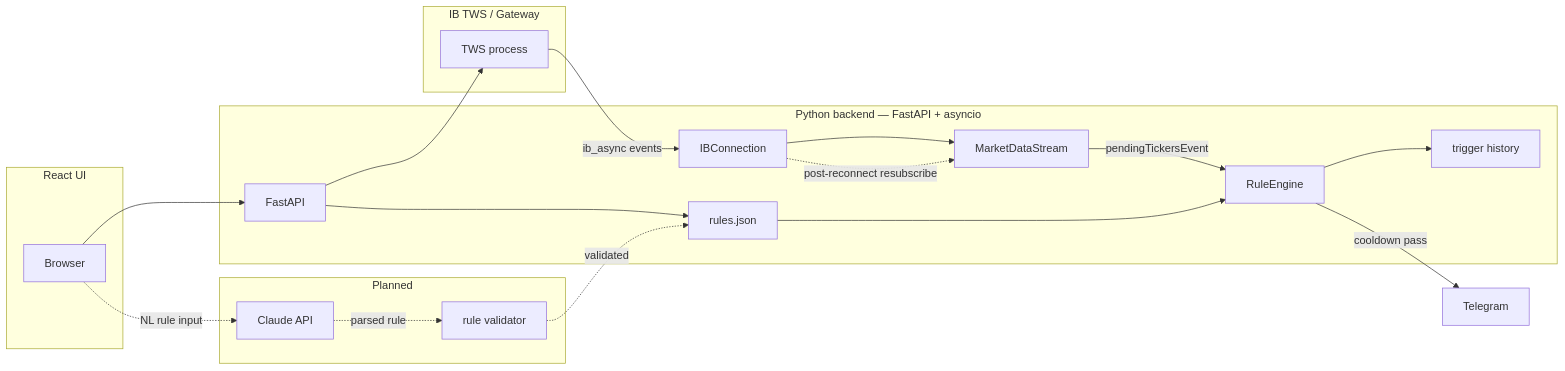
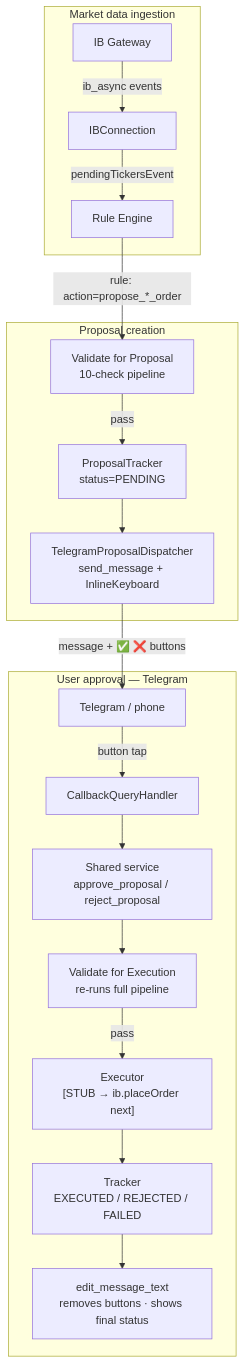
Before and after one commit to law-cell/sentinel-trader: the second of 4 diagrams in README.md, drawn with Mermaid. The commit also changed other lines of this file, not shown here.

First line of the commit message:
docs: rewrite README to reflect shipped proposal subsystem

````diff
--- a/README.md
+++ b/README.md
@@ -11,42 +24,23 @@
 ```mermaid
-flowchart LR
-    subgraph ib["IB TWS / Gateway"]
-        TWS[TWS process]
+flowchart TD
+    subgraph ingest["Market data ingestion"]
+        GW[IB Gateway] -->|ib_async events| CONN[IBConnection]
+        CONN -->|pendingTickersEvent| ENG[Rule Engine]
     end
 
-    subgraph backend["Python backend — FastAPI + asyncio"]
-        CONN[IBConnection]
-        MDS[MarketDataStream]
-        ENG[RuleEngine]
-        API[FastAPI]
-        RJ[rules.json]
-        HIST[trigger history]
+    subgraph proposal["Proposal creation"]
+        ENG -->|"rule: action=propose_*_order"| VP["Validate for Proposal\n10-check pipeline"]
+        VP -->|pass| TR["ProposalTracker\nstatus=PENDING"]
+        TR --> TD["TelegramProposalDispatcher\nsend_message + InlineKeyboard"]
     end
 
-    subgraph planned["Planned"]
-        CL[Claude API]
-        VAL[rule validator]
+    subgraph approval["User approval — Telegram"]
+        TD -->|"message + ✅ ❌ buttons"| TG[Telegram / phone]
+        TG -->|button tap| CB[CallbackQueryHandler]
+        CB --> SVC["Shared service\napprove_proposal / reject_proposal"]
+        SVC --> VE["Validate for Execution\nre-runs full pipeline"]
+        VE -->|pass| EX["Executor\n[STUB → ib.placeOrder next]"]
+        EX --> TR2["Tracker\nEXECUTED / REJECTED / FAILED"]
+        TR2 --> EDIT["edit_message_text\nremoves buttons · shows final status"]
     end
-
-    TG[Telegram]
-
-    subgraph ui["React UI"]
-        FE[Browser]
-    end
-
-    TWS -->|ib_async events| CONN
-    CONN --> MDS
-    MDS -->|pendingTickersEvent| ENG
-    ENG -->|cooldown pass| TG
-    ENG --> HIST
-    CONN -.->|post-reconnect resubscribe| MDS
-
-    FE --> API
-    API --> TWS
-    API --> RJ
-    RJ --> ENG
-
-    FE -.->|NL rule input| CL
-    CL -.->|parsed rule| VAL
-    VAL -.->|validated| RJ
 ```
````
